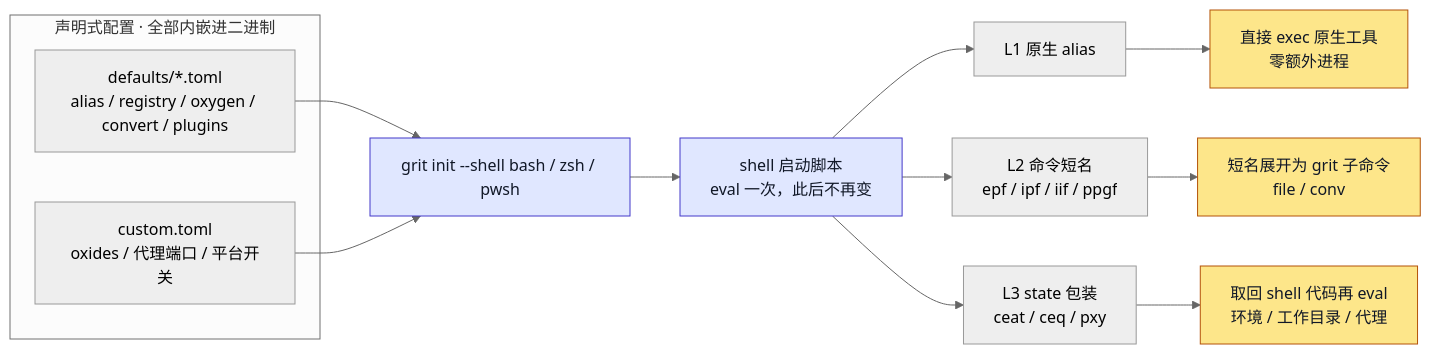
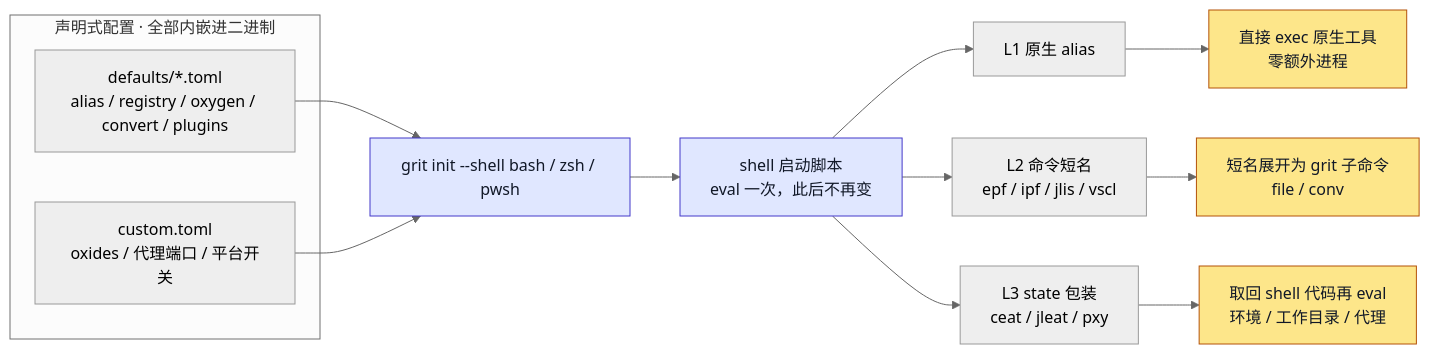
One commit to ivaquero/grit changed the first of 2 diagrams in README.md. Above: the diagram before and after it, drawn with Mermaid (neutral theme). The commit also changed other lines of this file and 19 other files, not shown here.

````diff
--- a/README.md
+++ b/README.md
@@ -13,26 +13,26 @@
 ```mermaid
 flowchart LR
     subgraph decl["声明式配置 · 全部内嵌进二进制"]
         d1["defaults/*.toml<br/>alias / registry / oxygen / convert / plugins"]
         d2["custom.toml<br/>oxides / 代理端口 / 平台开关"]
     end
 
     g["grit init --shell bash / zsh / pwsh"]
 
     d1 --> g
     d2 --> g
     g --> s["shell 启动脚本<br/>eval 一次，此后不再变"]
 
     s --> l1["L1 原生 alias"]
-    s --> l2["L2 命令短名<br/>epf / ipf / iif / ppgf"]
-    s --> l3["L3 state 包装<br/>ceat / ceq / pxy"]
+    s --> l2["L2 命令短名<br/>epf / ipf / jlis / vscl"]
+    s --> l3["L3 state 包装<br/>ceat / jleat / pxy"]
 
     l1 --> u1["直接 exec 原生工具<br/>零额外进程"]
     l2 --> u2["短名展开为 grit 子命令<br/>file / conv"]
     l3 --> u3["取回 shell 代码再 eval<br/>环境 / 工作目录 / 代理"]
 
     classDef hot fill:#fde68a,stroke:#b45309,color:#111827
     classDef cold fill:#e0e7ff,stroke:#4338ca,color:#111827
     class g,s cold
     class u1,u2,u3 hot
 ```
````
